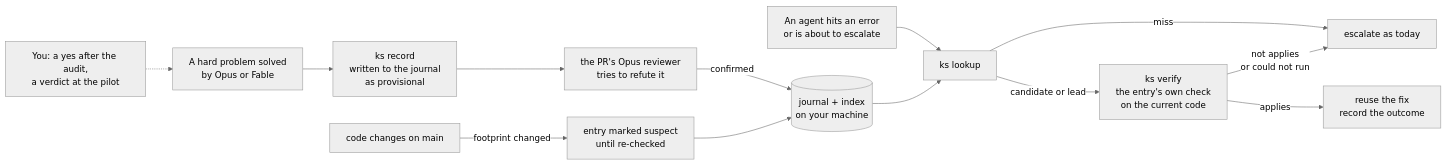
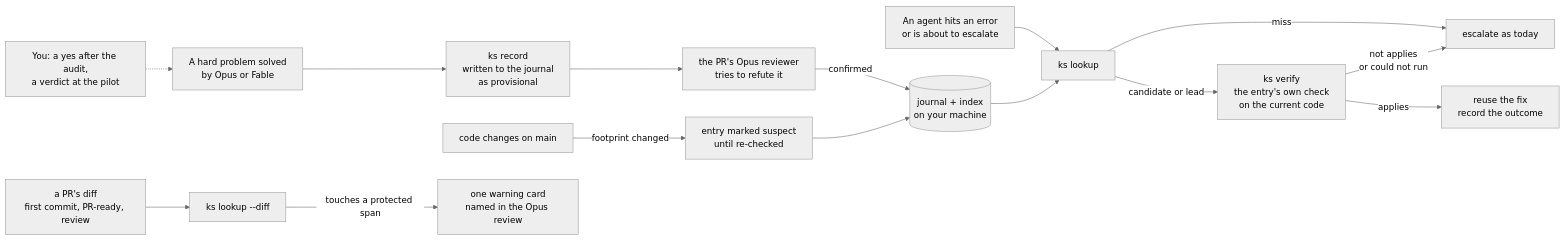
The diagram in docs/program/KNOWLEDGE-STORE-DESIGN-2026-11.md (ghaaso/harness-engineering), drawn with Mermaid (neutral theme) before and after one commit. The commit also changed other lines of this file and 8 other files, not shown here.

````diff
--- a/docs/program/KNOWLEDGE-STORE-DESIGN-2026-11.md
+++ b/docs/program/KNOWLEDGE-STORE-DESIGN-2026-11.md
@@ -15,15 +15,17 @@
 ```mermaid
 flowchart LR
   A[An agent hits an error<br/>or is about to escalate] --> B[ks lookup]
   B -->|miss| C[escalate as today]
   B -->|candidate or lead| D[ks verify<br/>the entry's own check<br/>on the current code]
   D -->|applies| E[reuse the fix<br/>record the outcome]
   D -->|not applies<br/>or could not run| C
   G[A hard problem solved<br/>by Opus or Fable] --> H[ks record<br/>written to the journal<br/>as provisional]
   H --> I[the PR's Opus reviewer<br/>tries to refute it]
   I -->|confirmed| J[(journal + index<br/>on your machine)]
   J --> B
   K[code changes on main] -->|footprint changed| L[entry marked suspect<br/>until re-checked]
   L --> J
+  M[a PR's diff<br/>first commit, PR-ready, review] --> N[ks lookup --diff]
+  N -->|touches a protected span| P[one warning card<br/>named in the Opus review]
   O[You: a yes after the audit,<br/>a verdict at the pilot] -.-> G
 ```
````
